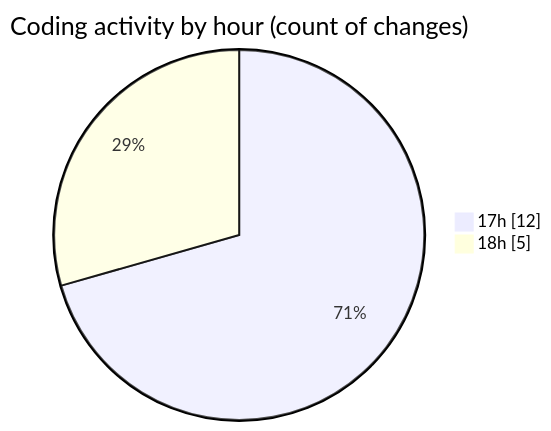
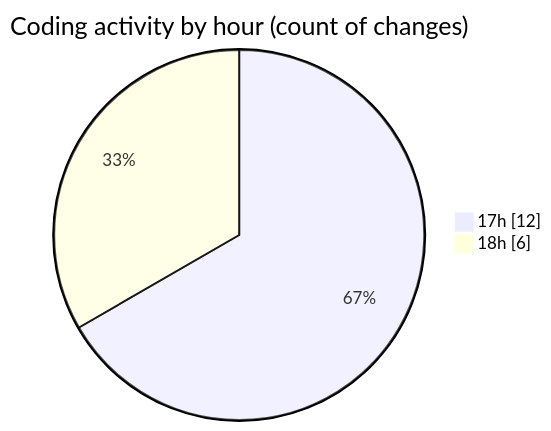
The second of 2 diagrams in 2025-02-16/uber_clone/README.md (donsfak/code-tracking), drawn with Mermaid before and after one commit. The commit also changed other lines of this file and 1 other file, not shown here.

````diff
--- a/2025-02-16/uber_clone/README.md
+++ b/2025-02-16/uber_clone/README.md
@@ -37,6 +39,6 @@
 ```mermaid
 pie showData
 title Coding activity by hour (count of changes)
 "17h" : 12
-"18h" : 5
+"18h" : 6
 ```
````
